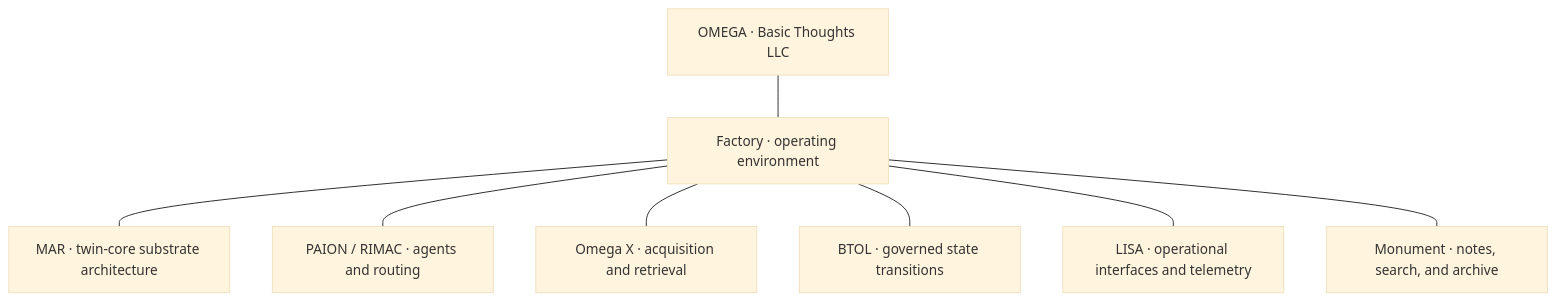
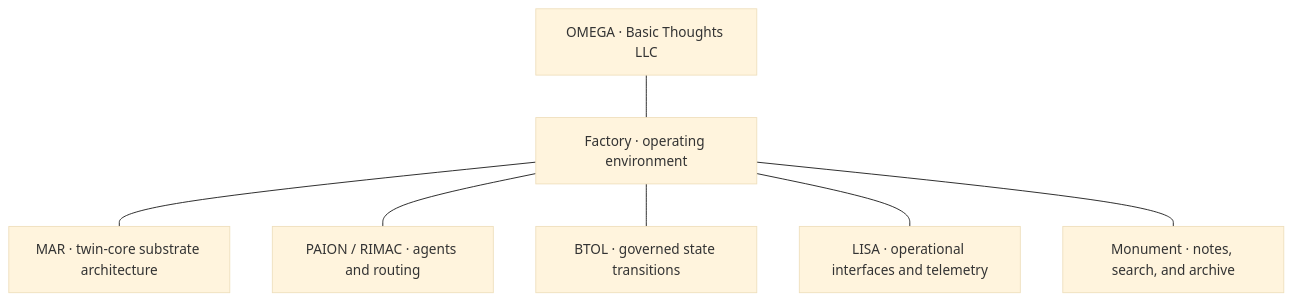
Before and after one commit to basic-thoughts-llc/basic-thoughts-llc: the diagram in ARCHITECTURE.md, drawn with Mermaid (base theme). The commit also changed other lines of this file, not shown here.

Commit message:
Remove operator-rejected Omega X product identity without inventing a replacement

````diff
--- a/ARCHITECTURE.md
+++ b/ARCHITECTURE.md
@@ -9,11 +9,10 @@
 ```mermaid
 flowchart TB
     O["OMEGA · Basic Thoughts LLC"]
     O --- F["Factory · operating environment"]
     F --- M["MAR · twin-core substrate architecture"]
     F --- P["PAION / RIMAC · agents and routing"]
-    F --- X["Omega X · acquisition and retrieval"]
     F --- B["BTOL · governed state transitions"]
     F --- L["LISA · operational interfaces and telemetry"]
     F --- N["Monument · notes, search, and archive"]
 ```
````
